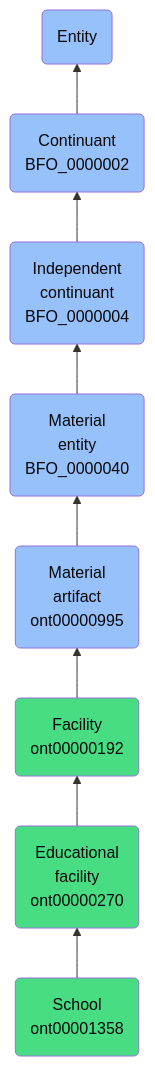
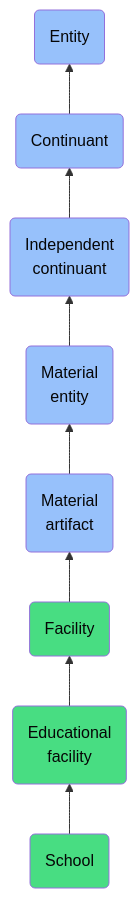
The diagram in docs/ontology/reference/model/Entity/Continuant/Independent continuant/Material entity/Material artifact/Facility/Educational facility/School/School.md (jupyter-naas/abi), drawn with Mermaid before and after one commit. The commit also changed other lines of this file and 1430 other files, not shown here.

````diff
--- a/docs/ontology/reference/model/Entity/Continuant/Independent continuant/Material entity/Material artifact/Facility/Educational facility/School/School.md
+++ b/docs/ontology/reference/model/Entity/Continuant/Independent continuant/Material entity/Material artifact/Facility/Educational facility/School/School.md
@@ -24,15 +24,15 @@
 ```mermaid
 graph BT
-    ont00001358(School<br>ont00001358):::ABI-->ont00000270
-    ont00000270(Educational<br>facility<br>ont00000270):::ABI-->ont00000192
-    ont00000192(Facility<br>ont00000192):::ABI-->ont00000995
-    ont00000995(Material<br>artifact<br>ont00000995):::BFO-->BFO_0000040
-    BFO_0000040(Material<br>entity<br>BFO_0000040):::BFO-->BFO_0000004
-    BFO_0000004(Independent<br>continuant<br>BFO_0000004):::BFO-->BFO_0000002
-    BFO_0000002(Continuant<br>BFO_0000002):::BFO-->BFO_0000001
+    ont00001358(School):::ABI-->ont00000270
+    ont00000270(Educational<br>facility):::ABI-->ont00000192
+    ont00000192(Facility):::ABI-->ont00000995
+    ont00000995(Material<br>artifact):::BFO-->BFO_0000040
+    BFO_0000040(Material<br>entity):::BFO-->BFO_0000004
+    BFO_0000004(Independent<br>continuant):::BFO-->BFO_0000002
+    BFO_0000002(Continuant):::BFO-->BFO_0000001
     BFO_0000001(Entity):::BFO
     
     classDef BFO fill:#97c1fb,color:#060606
     classDef CCO fill:#e4c51e,color:#060606
     classDef ABI fill:#48DD82,color:#060606
 ```
````
